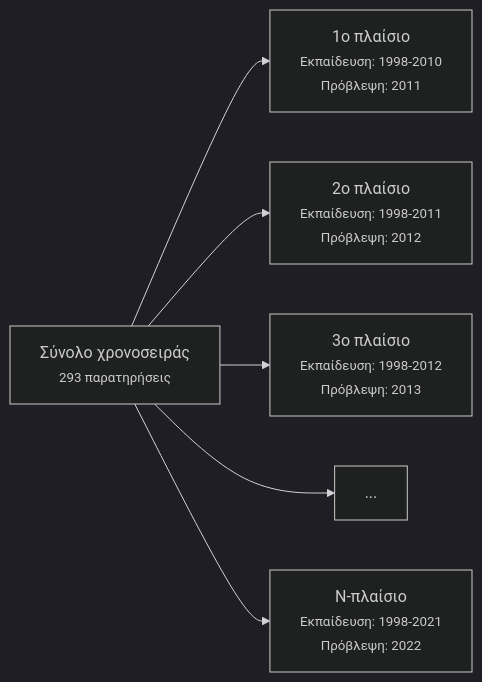
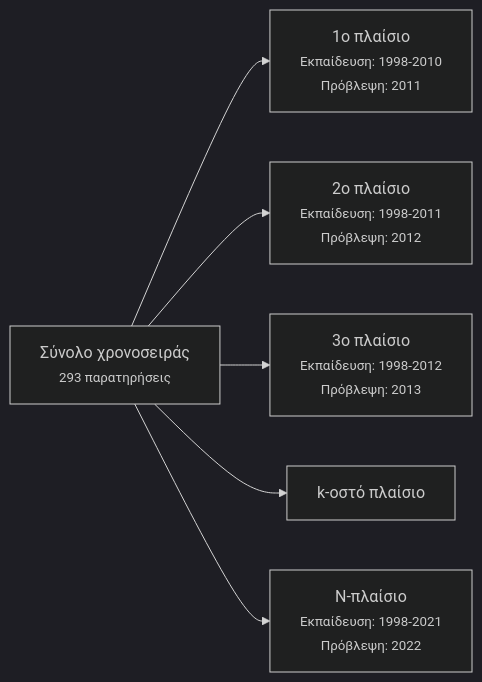
One commit to stesiam/stesiam.github.io changed the second of 2 diagrams in posts/forecasting-greek-unemployment/index.el.qmd. Above: the diagram before and after it, drawn with Mermaid (dark theme). The commit also changed other lines of this file and 2 other files, not shown here.

````diff
--- a/posts/forecasting-greek-unemployment/index.el.qmd
+++ b/posts/forecasting-greek-unemployment/index.el.qmd
@@ -1680,10 +1680,10 @@
 ```{mermaid}
 flowchart LR
    C[Σύνολο χρονοσειράς <br> <small>293 παρατηρήσεις</small>]
 
     C --> F[1ο πλαίσιο <br> <small>Εκπαίδευση: 1998-2010 <br> Πρόβλεψη: 2011</small>]
     C --> G[2ο πλαίσιο <br> <small>Εκπαίδευση: 1998-2011 <br> Πρόβλεψη: 2012</small>]
     C --> H[3ο πλαίσιο <br> <small>Εκπαίδευση: 1998-2012 <br> Πρόβλεψη: 2013</small>]
-    C --> I[...]
+    C --> I[k-οστό πλαίσιο]
     C --> J[Ν-πλαίσιο <br> <small>Εκπαίδευση: 1998-2021 <br> Πρόβλεψη: 2022</small>]
 ```
````
